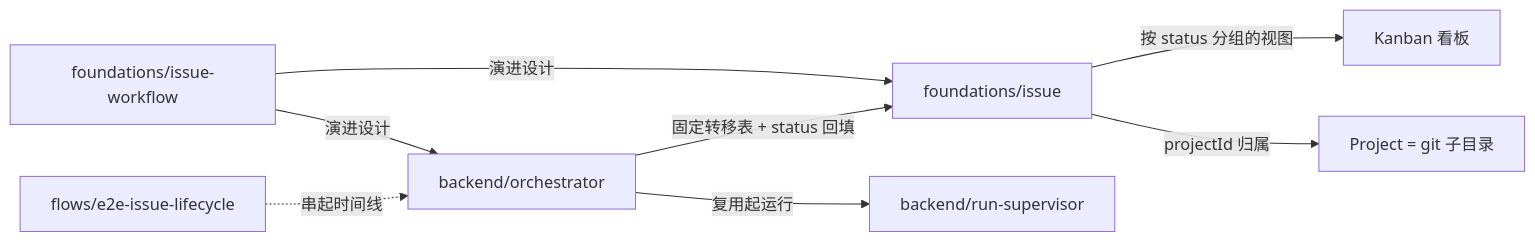
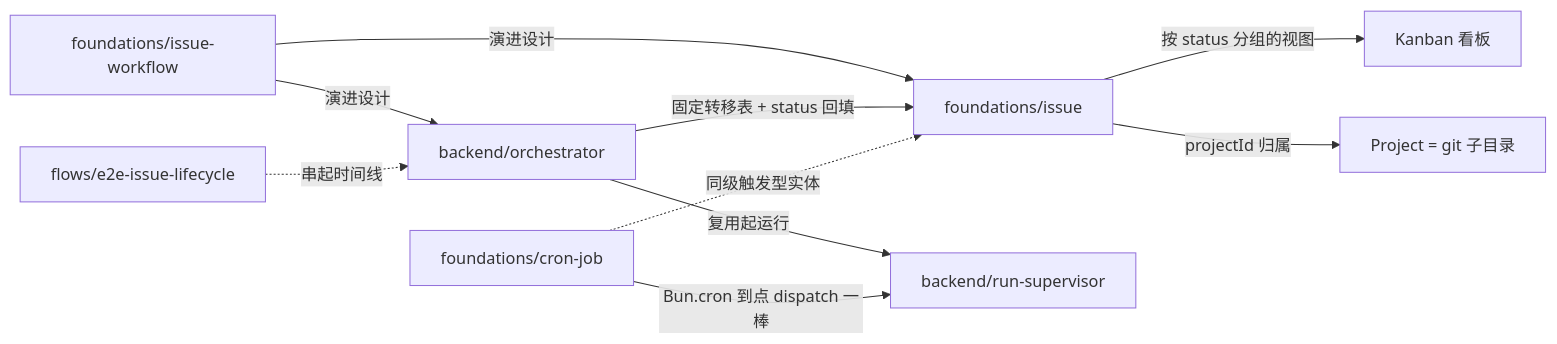
The third of 3 diagrams in docs/architecture/map.md (Chengchcc/my-agent-team), drawn with Mermaid before and after one commit. The commit also changed other lines of this file and 3 other files, not shown here.

First line of the commit message:
docs(docs): add CronJob foundation page — scheduled Agent run entity

````diff
--- a/docs/architecture/map.md
+++ b/docs/architecture/map.md
@@ -48,10 +48,12 @@
 ```mermaid
 flowchart LR
   Issue[foundations/issue] -->|按 status 分组的视图| Kanban[Kanban 看板]
   Issue -->|projectId 归属| Project[Project = git 子目录]
   WF[foundations/issue-workflow] -->|演进设计| Issue
   WF -->|演进设计| Orch
   Orch[backend/orchestrator] -->|固定转移表 + status 回填| Issue
   Orch -->|复用起运行| RS[backend/run-supervisor]
+  Cron[foundations/cron-job] -.同级触发型实体.-> Issue
+  Cron -->|Bun.cron 到点 dispatch 一棒| RS
   Flow[flows/e2e-issue-lifecycle] -.串起时间线.-> Orch
 ```
````
